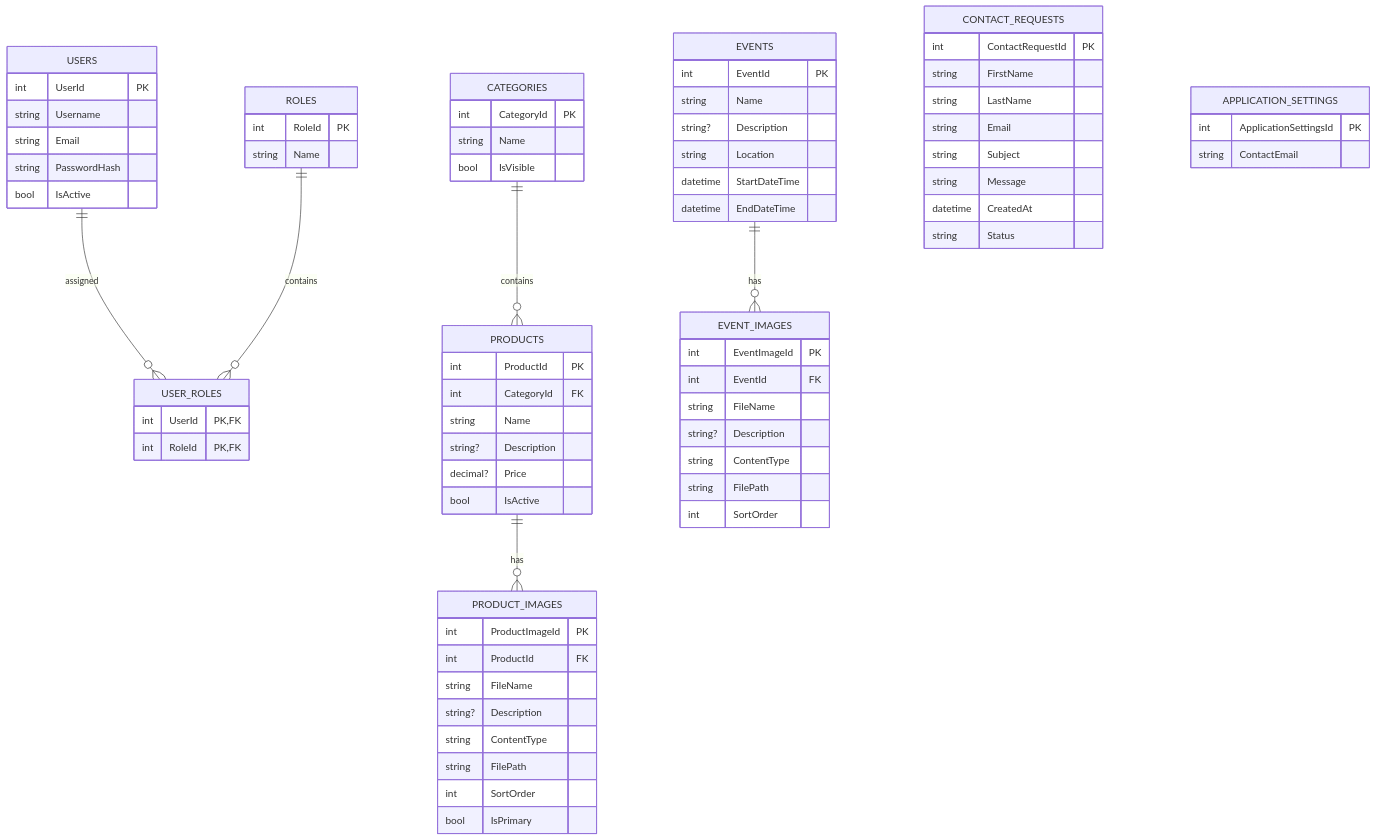
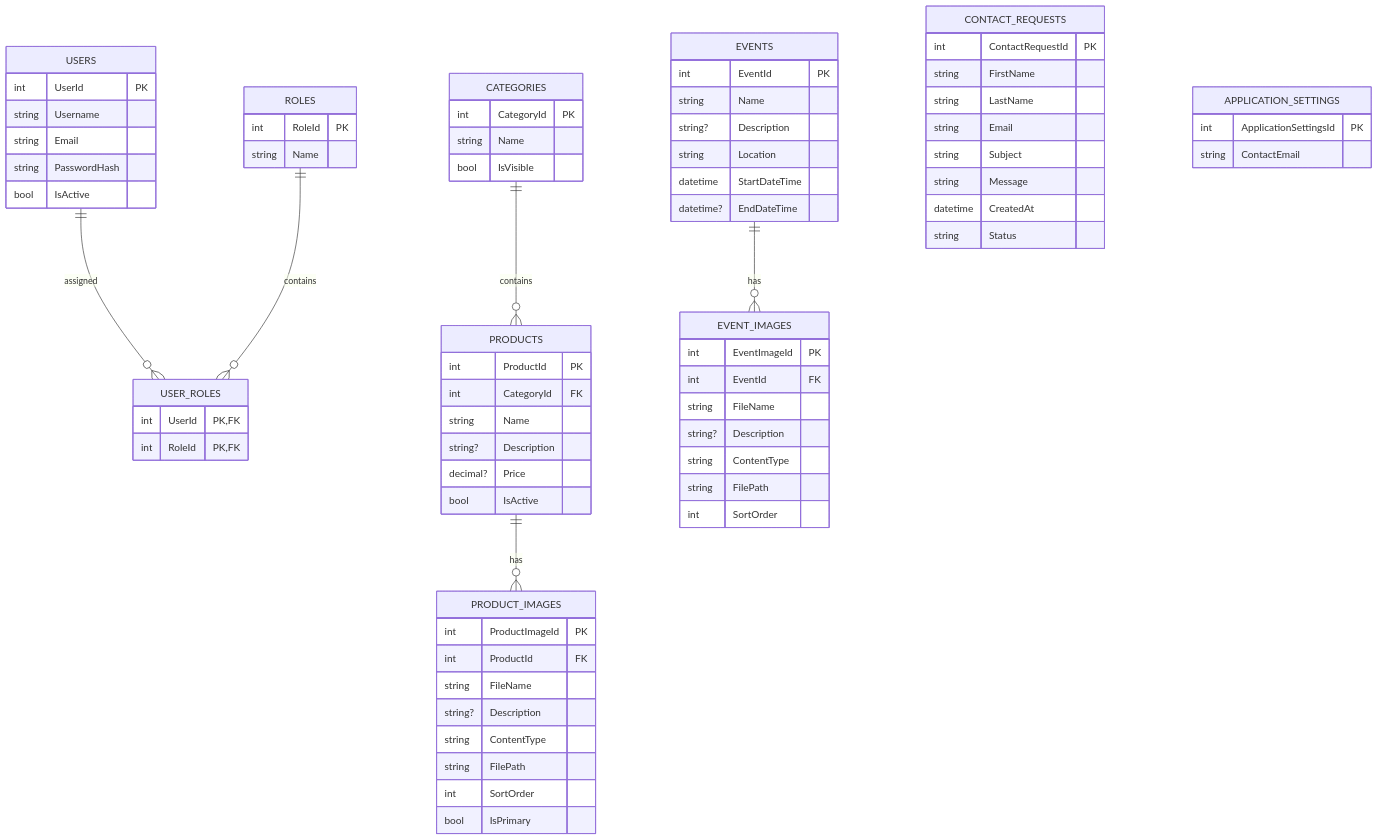
Before and after one commit to SchuelerfirmaBBS1/Webseite_Schuelerfirma_04: the diagram in documentation/UMLEntityRelationshipDiagramm.mmd, drawn with Mermaid.

```diff
--- a/documentation/UMLEntityRelationshipDiagramm.mmd
+++ b/documentation/UMLEntityRelationshipDiagramm.mmd
@@ -1,87 +1,87 @@
 erDiagram
 
     USERS {
         int UserId PK
         string Username
         string Email
         string PasswordHash
         bool IsActive
     }
 
     ROLES {
         int RoleId PK
         string Name
     }
 
     USER_ROLES {
         int UserId PK, FK
         int RoleId PK, FK
     }
 
     CATEGORIES {
         int CategoryId PK
         string Name
         bool IsVisible
     }
 
     PRODUCTS {
         int ProductId PK
         int CategoryId FK
         string Name
         string? Description
         decimal? Price
         bool IsActive
     }
 
     PRODUCT_IMAGES {
         int ProductImageId PK
         int ProductId FK
         string FileName
         string? Description
         string ContentType
         string FilePath
         int SortOrder
         bool IsPrimary
     }
 
     EVENTS {
         int EventId PK
         string Name
         string? Description
         string Location
         datetime StartDateTime
-        datetime EndDateTime
+        datetime? EndDateTime
     }
 
     EVENT_IMAGES {
         int EventImageId PK
         int EventId FK
         string FileName
         string? Description
         string ContentType
         string FilePath
         int SortOrder
     }
 
     CONTACT_REQUESTS {
         int ContactRequestId PK
         string FirstName
         string LastName
         string Email
         string Subject
         string Message
         datetime CreatedAt
         string Status
     }
 
     APPLICATION_SETTINGS {
         int ApplicationSettingsId PK
         string ContactEmail
     }
 
     CATEGORIES ||--o{ PRODUCTS : contains
     PRODUCTS ||--o{ PRODUCT_IMAGES : has
     EVENTS ||--o{ EVENT_IMAGES : has
 
     USERS ||--o{ USER_ROLES : assigned
     ROLES ||--o{ USER_ROLES : contains
```
